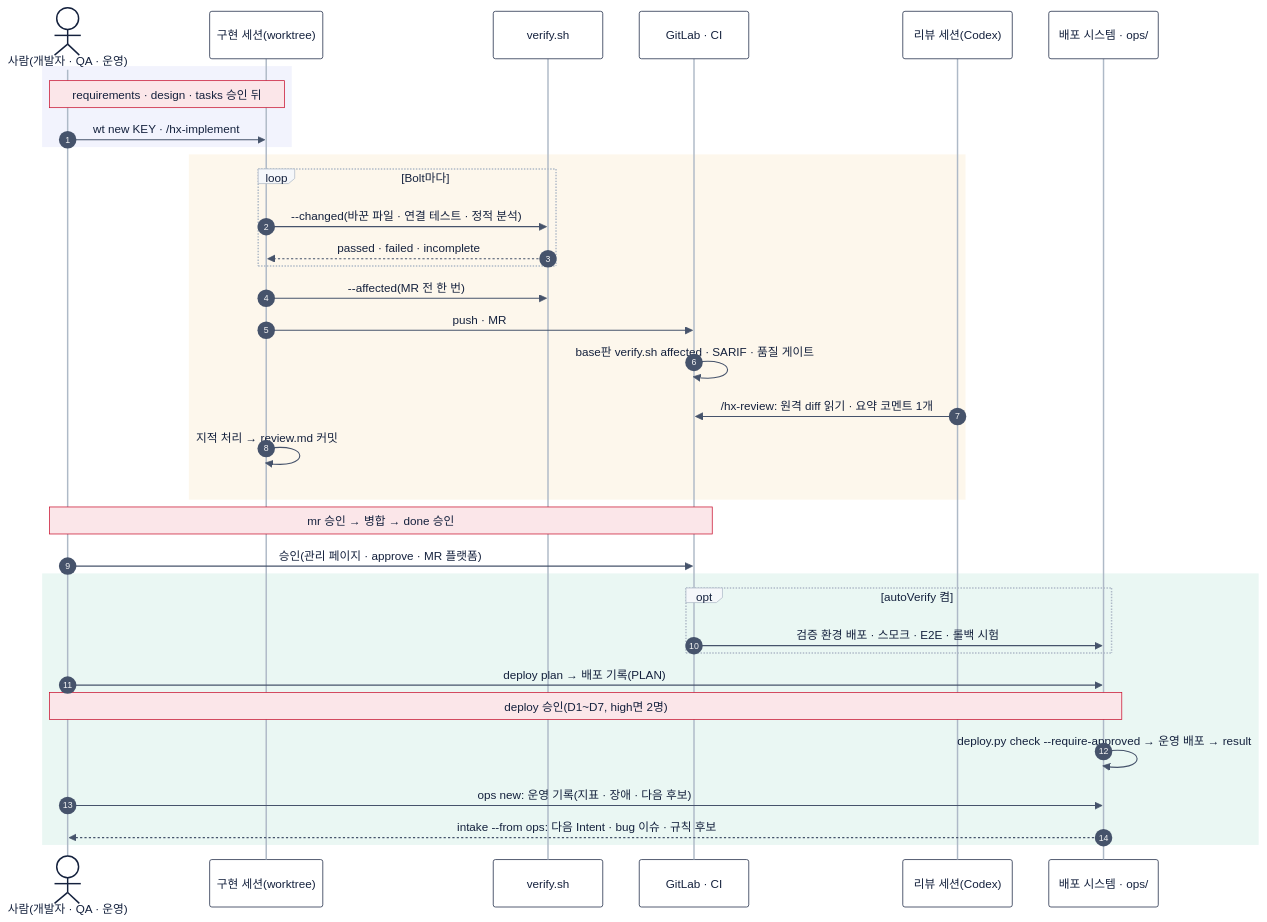
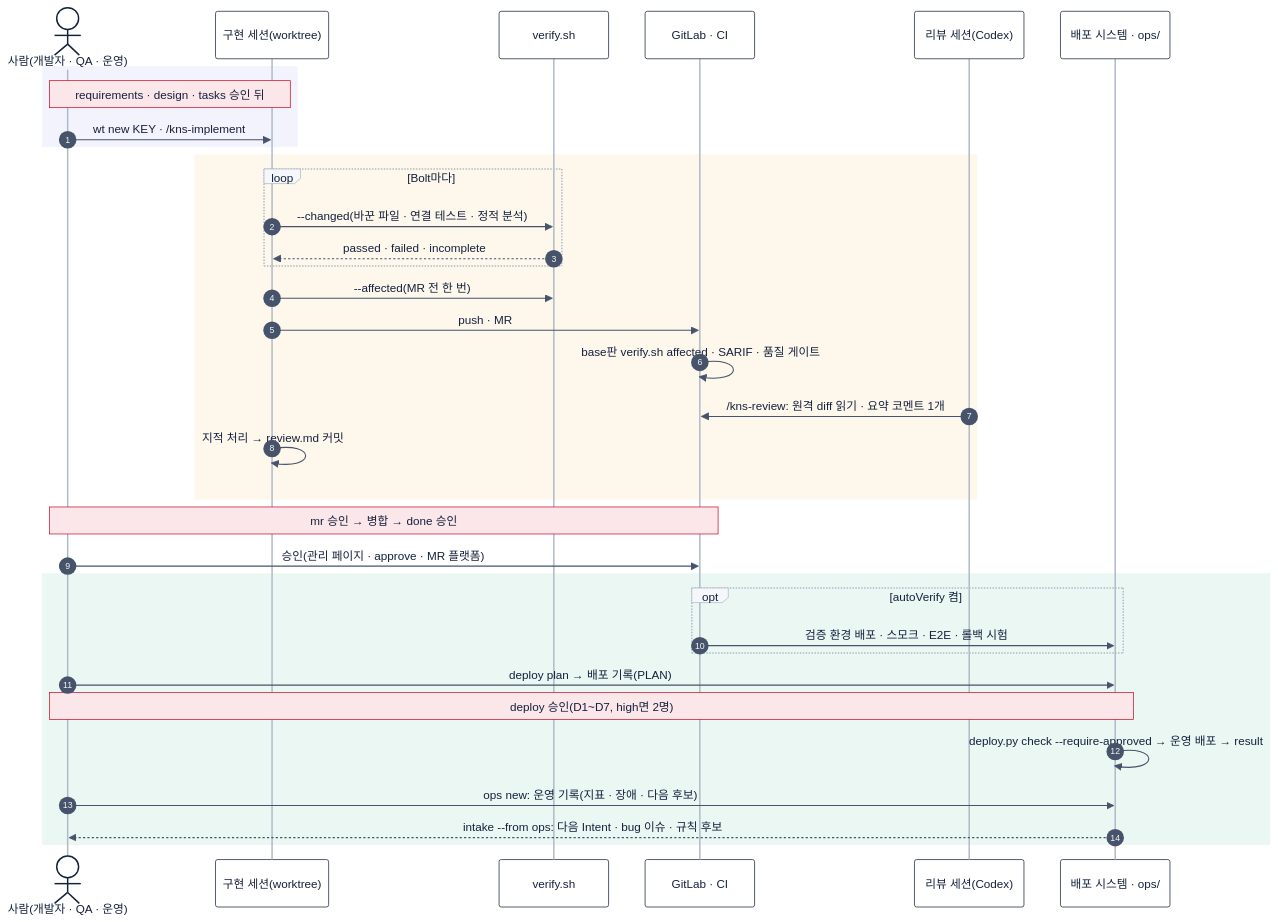
Before and after one commit to pscheol/harness-starter-kit: the diagram in docs/design/system/diagrams/seq-delivery.mmd, drawn with Mermaid. The commit also changed 1245 other files, not shown here.

```diff
--- a/docs/design/system/diagrams/seq-delivery.mmd
+++ b/docs/design/system/diagrams/seq-delivery.mmd
@@ -1,36 +1,36 @@
 %%{init: {"theme": "base", "fontFamily": "Apple SD Gothic Neo, AppleSDGothicNeo, Noto Sans KR, Malgun Gothic, sans-serif", "themeVariables": {"fontFamily": "Apple SD Gothic Neo, AppleSDGothicNeo, Noto Sans KR, Malgun Gothic, sans-serif", "fontSize": "15px", "actorBkg": "#ffffff", "actorBorder": "#14213d", "actorTextColor": "#14213d", "actorLineColor": "#aeb9c7", "signalColor": "#46536b", "signalTextColor": "#14213d", "noteBkgColor": "#fbe6e9", "noteBorderColor": "#c8102e", "noteTextColor": "#14213d", "labelBoxBkgColor": "#f5f7fa", "labelBoxBorderColor": "#aeb9c7", "labelTextColor": "#14213d", "loopTextColor": "#14213d"}}}%%
 sequenceDiagram
   autonumber
   actor H as 사람(개발자 · QA · 운영)
   participant IS as 구현 세션(worktree)
   participant V as verify.sh
   participant G as GitLab · CI
   participant RV as 리뷰 세션(Codex)
   participant OPS as 배포 시스템 · ops/
   rect rgba(231, 234, 251, 0.55)
     Note over H,IS: requirements · design · tasks 승인 뒤
-    H->>IS: wt new KEY · /hx-implement
+    H->>IS: wt new KEY · /kns-implement
   end
   rect rgba(251, 241, 220, 0.55)
     loop Bolt마다
       IS->>V: --changed(바꾼 파일 · 연결 테스트 · 정적 분석)
       V-->>IS: passed · failed · incomplete
     end
     IS->>V: --affected(MR 전 한 번)
     IS->>G: push · MR
     G->>G: base판 verify.sh affected · SARIF · 품질 게이트
-    RV->>G: /hx-review: 원격 diff 읽기 · 요약 코멘트 1개
+    RV->>G: /kns-review: 원격 diff 읽기 · 요약 코멘트 1개
     IS->>IS: 지적 처리 → review.md 커밋
   end
   Note over H,G: mr 승인 → 병합 → done 승인
   H->>G: 승인(관리 페이지 · approve · MR 플랫폼)
   rect rgba(221, 242, 235, 0.6)
     opt autoVerify 켬
       G->>OPS: 검증 환경 배포 · 스모크 · E2E · 롤백 시험
     end
     H->>OPS: deploy plan → 배포 기록(PLAN)
     Note over H,OPS: deploy 승인(D1~D7, high면 2명)
     OPS->>OPS: deploy.py check --require-approved → 운영 배포 → result
     H->>OPS: ops new: 운영 기록(지표 · 장애 · 다음 후보)
     OPS-->>H: intake --from ops: 다음 Intent · bug 이슈 · 규칙 후보
   end
```
